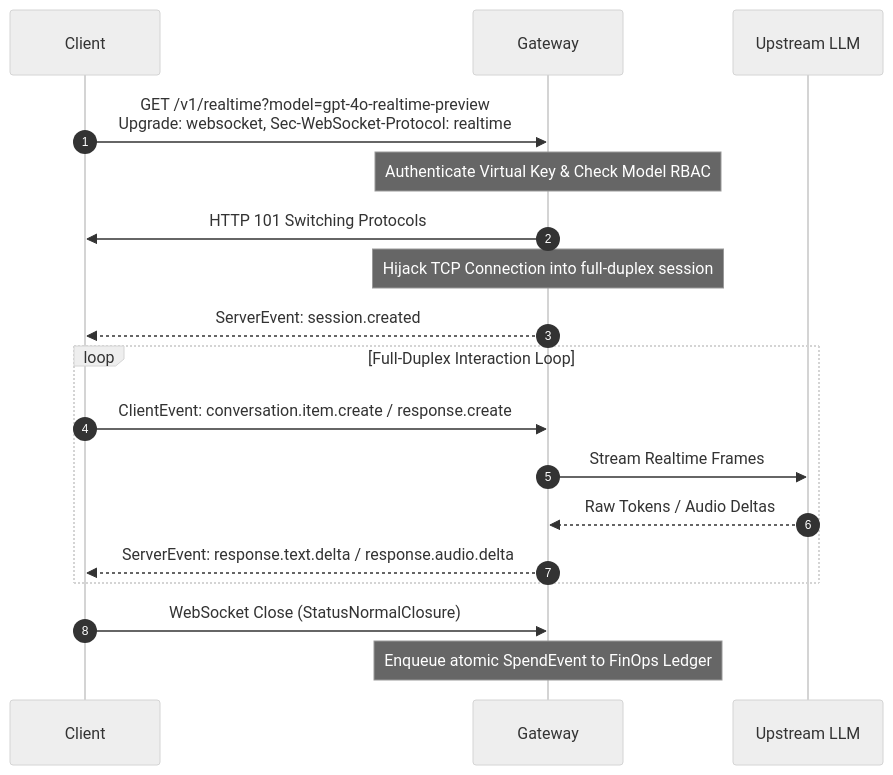
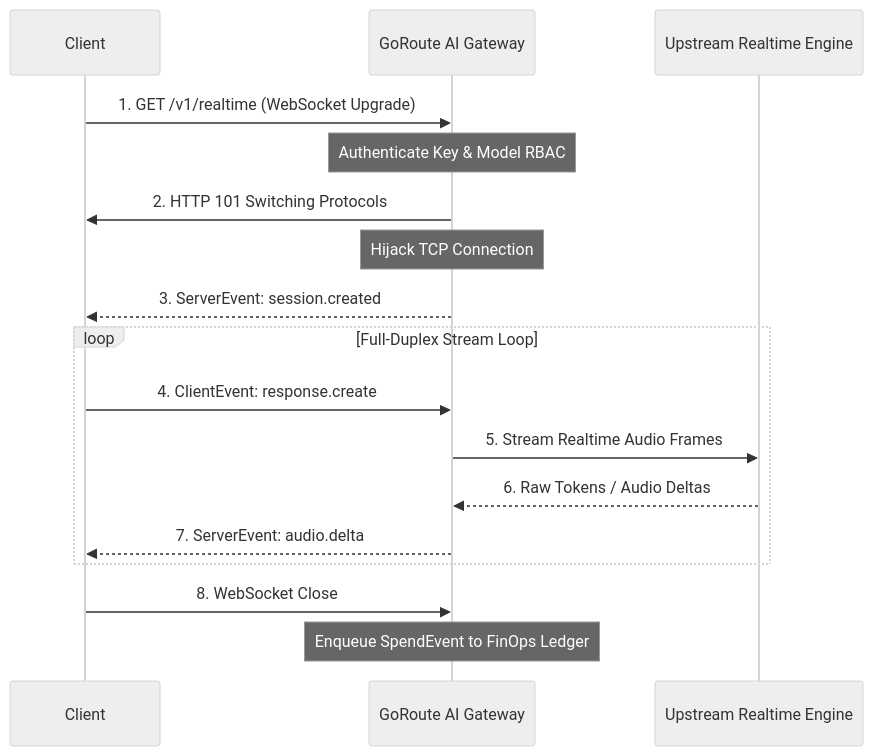
Before and after one commit to goroute-ai/goroute-ai.github.io: the diagram in docs/data-plane/realtime.md, drawn with Mermaid (neutral theme). The commit also changed 12 other files, not shown here.

Commit message:
fix(mermaid): overhaul sequence diagrams, eliminate parser drops, and polish styling

````diff
--- a/docs/data-plane/realtime.md
+++ b/docs/data-plane/realtime.md
@@ -33,17 +33,20 @@
 ```mermaid
 sequenceDiagram
-    autonumber
-    Client ->> Gateway: GET /v1/realtime?model=gpt-4o-realtime-preview<br/>Upgrade: websocket, Sec-WebSocket-Protocol: realtime
-    Note over Gateway: Authenticate Virtual Key & Check Model RBAC
-    Gateway ->> Client: HTTP 101 Switching Protocols
-    Note over Gateway: Hijack TCP Connection into full-duplex session
-    Gateway -->> Client: ServerEvent: session.created
-    loop Full-Duplex Interaction Loop
-        Client ->> Gateway: ClientEvent: conversation.item.create / response.create
-        Gateway ->> Upstream LLM: Stream Realtime Frames
-        Upstream LLM -->> Gateway: Raw Tokens / Audio Deltas
-        Gateway -->> Client: ServerEvent: response.text.delta / response.audio.delta
+    participant Client
+    participant GW as GoRoute AI Gateway
+    participant LLM as Upstream Realtime Engine
+
+    Client->>GW: 1. GET /v1/realtime (WebSocket Upgrade)
+    Note over GW: Authenticate Key & Model RBAC
+    GW->>Client: 2. HTTP 101 Switching Protocols
+    Note over GW: Hijack TCP Connection
+    GW-->>Client: 3. ServerEvent: session.created
+    loop Full-Duplex Stream Loop
+        Client->>GW: 4. ClientEvent: response.create
+        GW->>LLM: 5. Stream Realtime Audio Frames
+        LLM-->>GW: 6. Raw Tokens / Audio Deltas
+        GW-->>Client: 7. ServerEvent: audio.delta
     end
-    Client ->> Gateway: WebSocket Close (StatusNormalClosure)
-    Note over Gateway: Enqueue atomic SpendEvent to FinOps Ledger
+    Client->>GW: 8. WebSocket Close
+    Note over GW: Enqueue SpendEvent to FinOps Ledger
 ```
````
